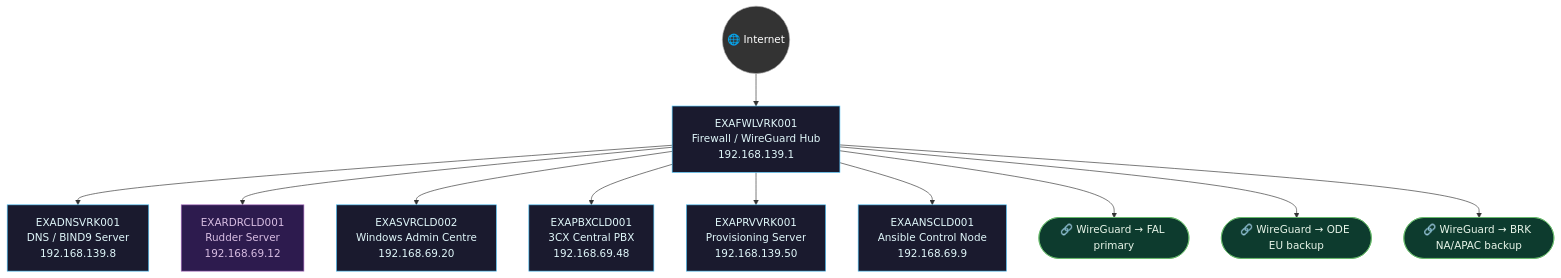
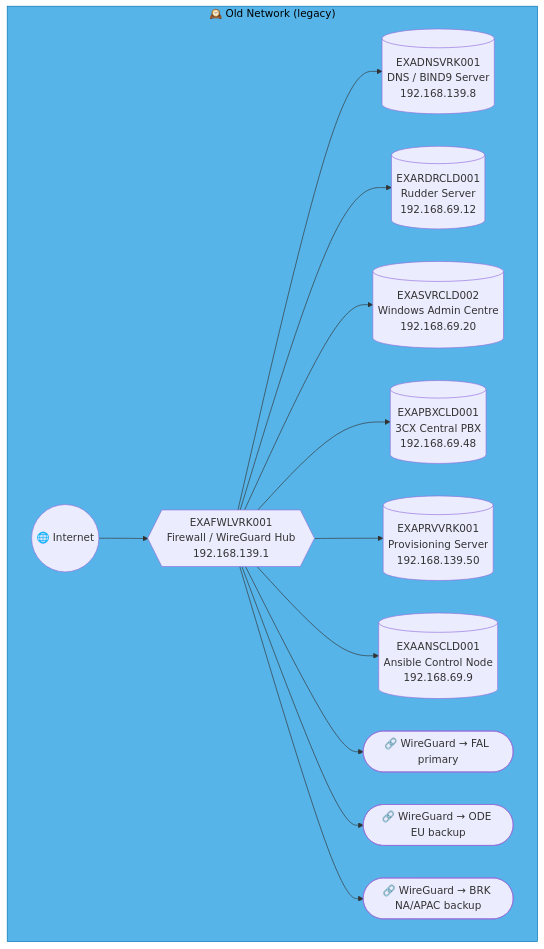
One commit to knightmare2600/example_music_infra changed the first of 47 diagrams in docs/network-diagram.md. Above: the diagram before and after it, drawn with Mermaid. The commit also changed other lines of this file and 2 other files, not shown here.

````diff
--- a/docs/network-diagram.md
+++ b/docs/network-diagram.md
@@ -99,35 +129,30 @@
 ```mermaid
 graph TD
-    INET(("🌐 Internet"))
-    FWLCLD["EXAFWLVRK001<br/>Firewall / WireGuard Hub<br/>192.168.139.1"]
-    DNS["EXADNSVRK001<br/>DNS / BIND9 Server<br/>192.168.139.8"]
-    PRV["EXAPRVVRK001<br/>Provisioning Server<br/>192.168.139.50"]
-    RUD["EXARDRCLD001<br/>Rudder Server<br/>192.168.69.12"]
-    WAC["EXASVRCLD002<br/>Windows Admin Centre<br/>192.168.69.20"]
-    PBX["EXAPBXCLD001<br/>3CX Central PBX<br/>192.168.69.48"]
-    ANS["EXAANSCLD001<br/>Ansible Control Node<br/>192.168.69.9"]
+    subgraph OLD_CLD ["🕰️ Old Network (legacy)"]
+      INET(("🌐 Internet"))
+      FWLCLD{{"EXAFWLVRK001<br/>Firewall / WireGuard Hub<br/>192.168.139.1"}}
+      DNS[("EXADNSVRK001<br/>DNS / BIND9 Server<br/>192.168.139.8")]
+      PRV[("EXAPRVVRK001<br/>Provisioning Server<br/>192.168.139.50")]
+      RUD[("EXARDRCLD001<br/>Rudder Server<br/>192.168.69.12")]
+      WAC[("EXASVRCLD002<br/>Windows Admin Centre<br/>192.168.69.20")]
+      PBX[("EXAPBXCLD001<br/>3CX Central PBX<br/>192.168.69.48")]
+      ANS[("EXAANSCLD001<br/>Ansible Control Node<br/>192.168.69.9")]
 
-    VPN_FAL(["🔗 WireGuard → FAL primary"])
-    VPN_ODE(["🔗 WireGuard → ODE EU backup"])
-    VPN_BRK(["🔗 WireGuard → BRK NA/APAC backup"])
+      VPN_FAL(["🔗 WireGuard → FAL primary"])
+      VPN_ODE(["🔗 WireGuard → ODE EU backup"])
+      VPN_BRK(["🔗 WireGuard → BRK NA/APAC backup"])
 
-    INET --> FWLCLD
-    FWLCLD --> DNS
-    FWLCLD --> RUD
-    FWLCLD --> WAC
-    FWLCLD --> PBX
-    FWLCLD --> PRV
-    FWLCLD --> ANS
-    FWLCLD --> VPN_FAL
-    FWLCLD --> VPN_ODE
-    FWLCLD --> VPN_BRK
+      INET --> FWLCLD
+      FWLCLD --> DNS
+      FWLCLD --> RUD
+      FWLCLD --> WAC
+      FWLCLD --> PBX
+      FWLCLD --> PRV
+      FWLCLD --> ANS
+      FWLCLD --> VPN_FAL
+      FWLCLD --> VPN_ODE
+      FWLCLD --> VPN_BRK
 
-    classDef server fill:#1a1a2e,stroke:#4fc3f7,color:#e0f7fa
-    classDef rudder fill:#2d1b4e,stroke:#a569bd,color:#d7bde2
-    classDef vpn fill:#0d3b2e,stroke:#66bb6a,color:#e8f5e9
-    classDef inet fill:#333,stroke:#aaa,color:#fff
-    class FWLCLD,DNS,WAC,PBX,PRV,ANS server
-    class RUD rudder
-    class VPN_FAL,VPN_ODE,VPN_BRK vpn
-    class INET inet
+    end
+    style OLD_CLD fill:#56B4E9,stroke:#0072B2,color:#000000
 ```
````
